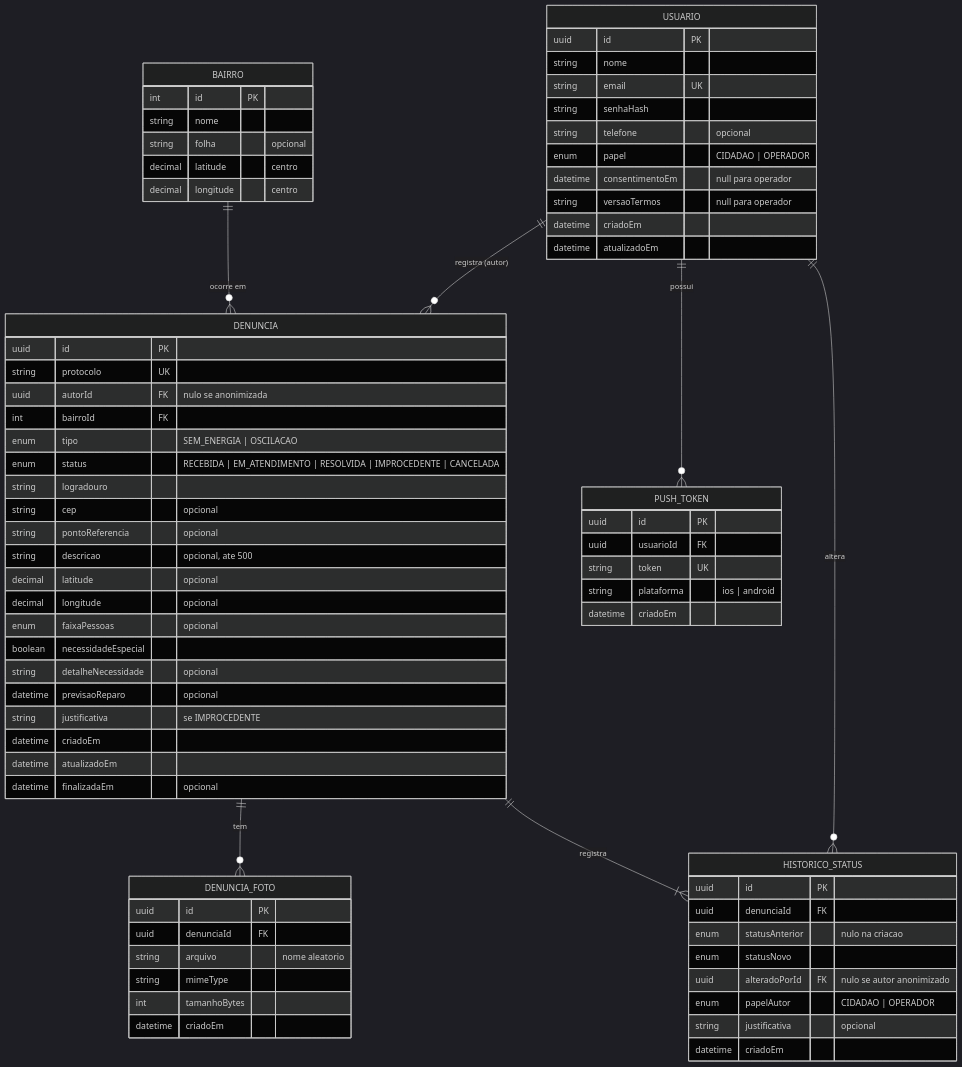
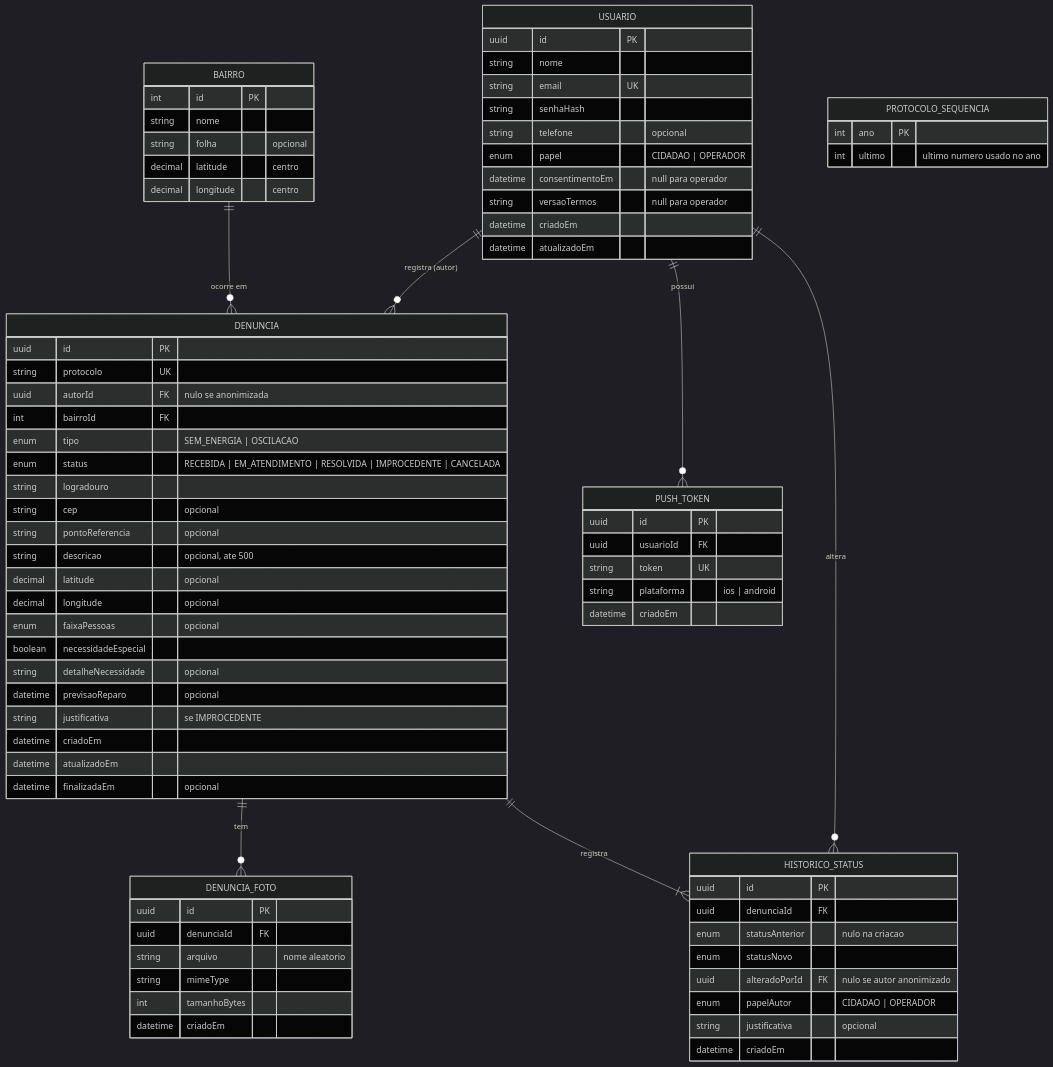
The diagram in docs/09-modelo-de-dados.md (BrunoSSilva9/mobile-projeto-ta-ligado), drawn with Mermaid (dark theme) before and after one commit. The commit also changed other lines of this file and 2 other files, not shown here.

````diff
--- a/docs/09-modelo-de-dados.md
+++ b/docs/09-modelo-de-dados.md
@@ -7,76 +7,80 @@
 ```mermaid
 erDiagram
   USUARIO ||--o{ DENUNCIA : "registra (autor)"
   USUARIO ||--o{ PUSH_TOKEN : "possui"
   USUARIO ||--o{ HISTORICO_STATUS : "altera"
   BAIRRO  ||--o{ DENUNCIA : "ocorre em"
   DENUNCIA ||--o{ DENUNCIA_FOTO : "tem"
   DENUNCIA ||--|{ HISTORICO_STATUS : "registra"
 
   USUARIO {
     uuid id PK
     string nome
     string email UK
     string senhaHash
     string telefone "opcional"
     enum papel "CIDADAO | OPERADOR"
     datetime consentimentoEm "null para operador"
     string versaoTermos "null para operador"
     datetime criadoEm
     datetime atualizadoEm
   }
   BAIRRO {
     int id PK
     string nome
     string folha "opcional"
     decimal latitude "centro"
     decimal longitude "centro"
   }
   DENUNCIA {
     uuid id PK
     string protocolo UK
     uuid autorId FK "nulo se anonimizada"
     int bairroId FK
     enum tipo "SEM_ENERGIA | OSCILACAO"
     enum status "RECEBIDA | EM_ATENDIMENTO | RESOLVIDA | IMPROCEDENTE | CANCELADA"
     string logradouro
     string cep "opcional"
     string pontoReferencia "opcional"
     string descricao "opcional, ate 500"
     decimal latitude "opcional"
     decimal longitude "opcional"
     enum faixaPessoas "opcional"
     boolean necessidadeEspecial
     string detalheNecessidade "opcional"
     datetime previsaoReparo "opcional"
     string justificativa "se IMPROCEDENTE"
     datetime criadoEm
     datetime atualizadoEm
     datetime finalizadaEm "opcional"
   }
   DENUNCIA_FOTO {
     uuid id PK
     uuid denunciaId FK
     string arquivo "nome aleatorio"
     string mimeType
     int tamanhoBytes
     datetime criadoEm
   }
   HISTORICO_STATUS {
     uuid id PK
     uuid denunciaId FK
     enum statusAnterior "nulo na criacao"
     enum statusNovo
     uuid alteradoPorId FK "nulo se autor anonimizado"
     enum papelAutor "CIDADAO | OPERADOR"
     string justificativa "opcional"
     datetime criadoEm
   }
+  PROTOCOLO_SEQUENCIA {
+    int ano PK
+    int ultimo "ultimo numero usado no ano"
+  }
   PUSH_TOKEN {
     uuid id PK
     uuid usuarioId FK
     string token UK
     string plataforma "ios | android"
     datetime criadoEm
   }
 ```
````
